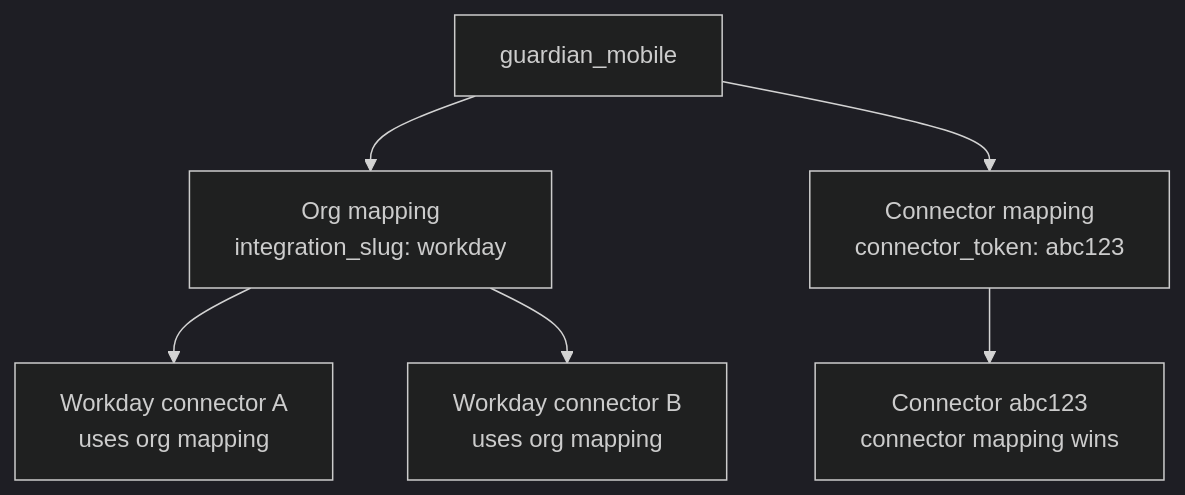
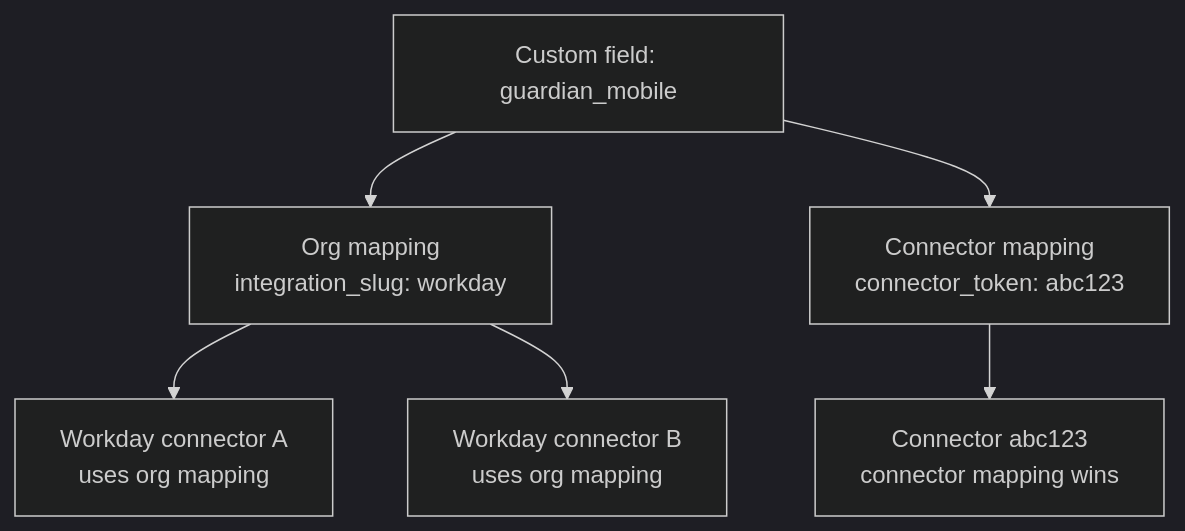
Before and after one commit to kaval1810/bindbee-docs-test: the second of 2 diagrams in guides/extending/custom-fields.mdx, drawn with Mermaid (dark theme). The commit also changed other lines of this file and 1 other file, not shown here.

````diff
--- a/guides/extending/custom-fields.mdx
+++ b/guides/extending/custom-fields.mdx
@@ -34,8 +34,8 @@
 ```mermaid
 flowchart TD
-    A["guardian_mobile"] --> B["Org mapping<br/>integration_slug: workday"]
+    A["Custom field: guardian_mobile"] --> B["Org mapping<br/>integration_slug: workday"]
     A --> C["Connector mapping<br/>connector_token: abc123"]
     B --> D["Workday connector A<br/>uses org mapping"]
     B --> E["Workday connector B<br/>uses org mapping"]
     C --> F["Connector abc123<br/>connector mapping wins"]
 ```
````
